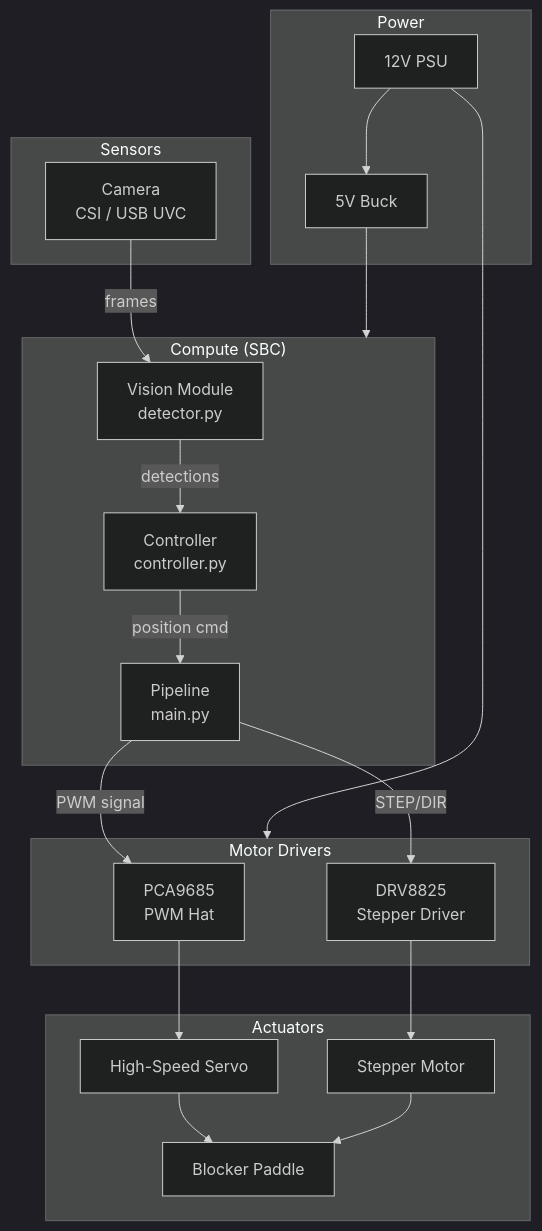
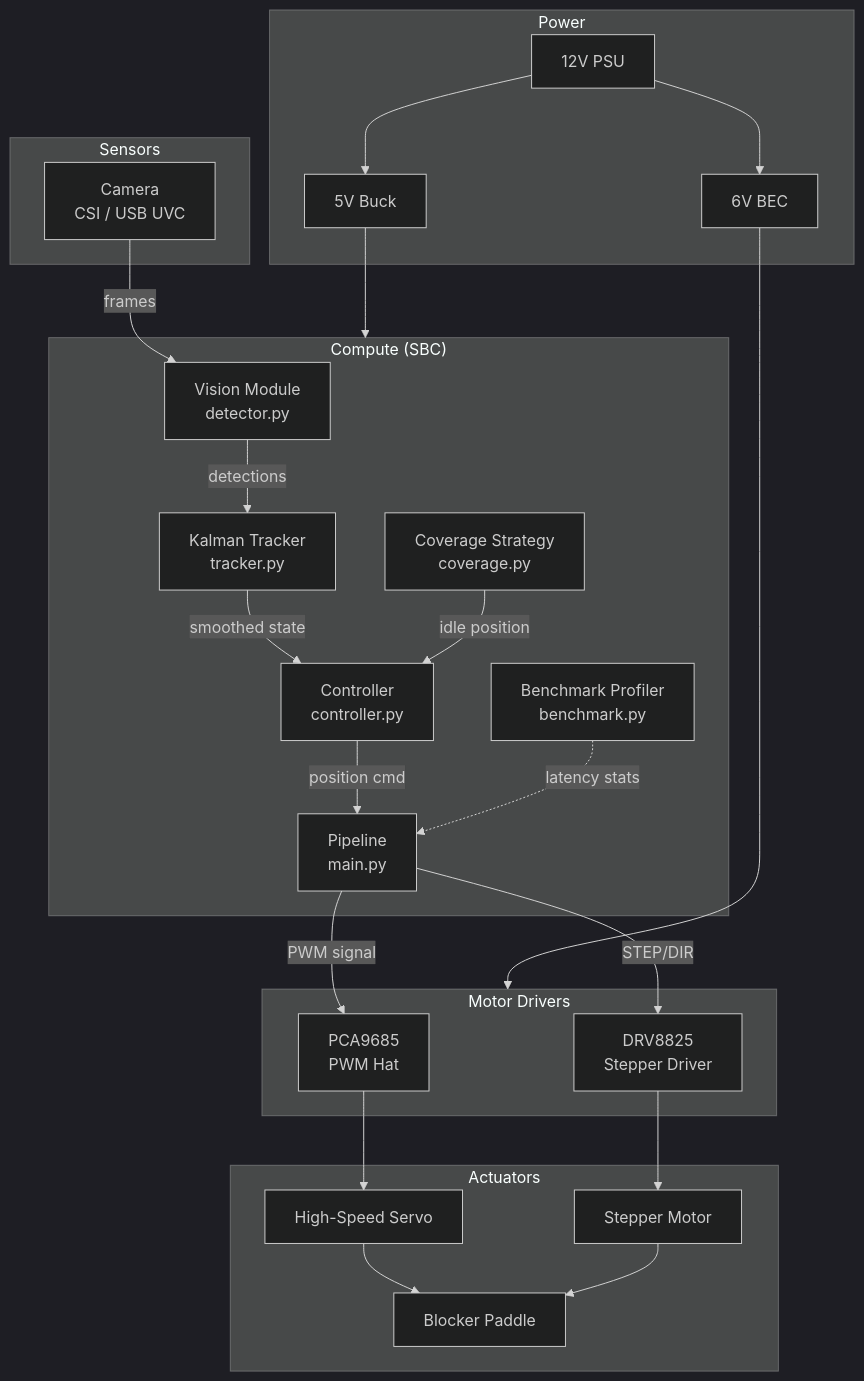
Before and after one commit to Karthik321-coder/aqua-keeper-ai: the first of 6 diagrams in ARCHITECTURE.md, drawn with Mermaid (dark theme). The commit also changed other lines of this file and 4 other files, not shown here.

Commit message:
Add HARDWARE.md, CONTRIBUTING.md, enhance ARCHITECTURE.md, TESTING.md, and README.md

````diff
--- a/ARCHITECTURE.md
+++ b/ARCHITECTURE.md
@@ -11,41 +25,49 @@
 ```mermaid
 graph TD
     subgraph Sensors
         CAM[Camera\nCSI / USB UVC]
     end
 
     subgraph Compute["Compute (SBC)"]
         VIS[Vision Module\ndetector.py]
+        KAL[Kalman Tracker\ntracker.py]
         CTRL[Controller\ncontroller.py]
+        COV[Coverage Strategy\ncoverage.py]
         PIPE[Pipeline\nmain.py]
+        BENCH[Benchmark Profiler\nbenchmark.py]
     end
 
     subgraph MotorDrivers["Motor Drivers"]
         PWM[PCA9685\nPWM Hat]
         DRV[DRV8825\nStepper Driver]
     end
 
     subgraph Actuators
         SRV[High-Speed Servo]
         STP[Stepper Motor]
         BLK[Blocker Paddle]
     end
 
     subgraph Power
         PSU[12V PSU]
         BUCK[5V Buck]
+        BEC[6V BEC]
     end
 
     CAM -->|frames| VIS
-    VIS -->|detections| CTRL
+    VIS -->|detections| KAL
+    KAL -->|smoothed state| CTRL
+    COV -->|idle position| CTRL
     CTRL -->|position cmd| PIPE
     PIPE -->|PWM signal| PWM
     PIPE -->|STEP/DIR| DRV
+    BENCH -.->|latency stats| PIPE
     PWM --> SRV
     DRV --> STP
     SRV --> BLK
     STP --> BLK
     PSU --> BUCK
+    PSU --> BEC
     BUCK --> Compute
-    PSU --> MotorDrivers
+    BEC --> MotorDrivers
 ```
````
